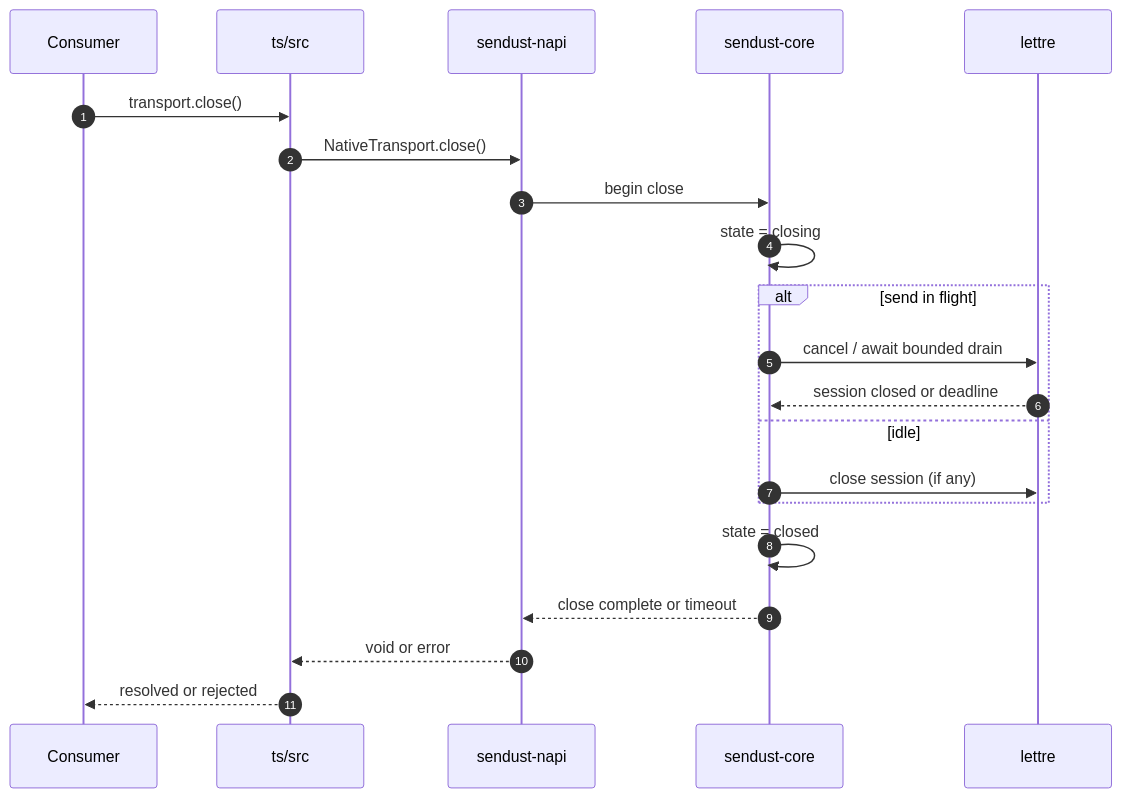
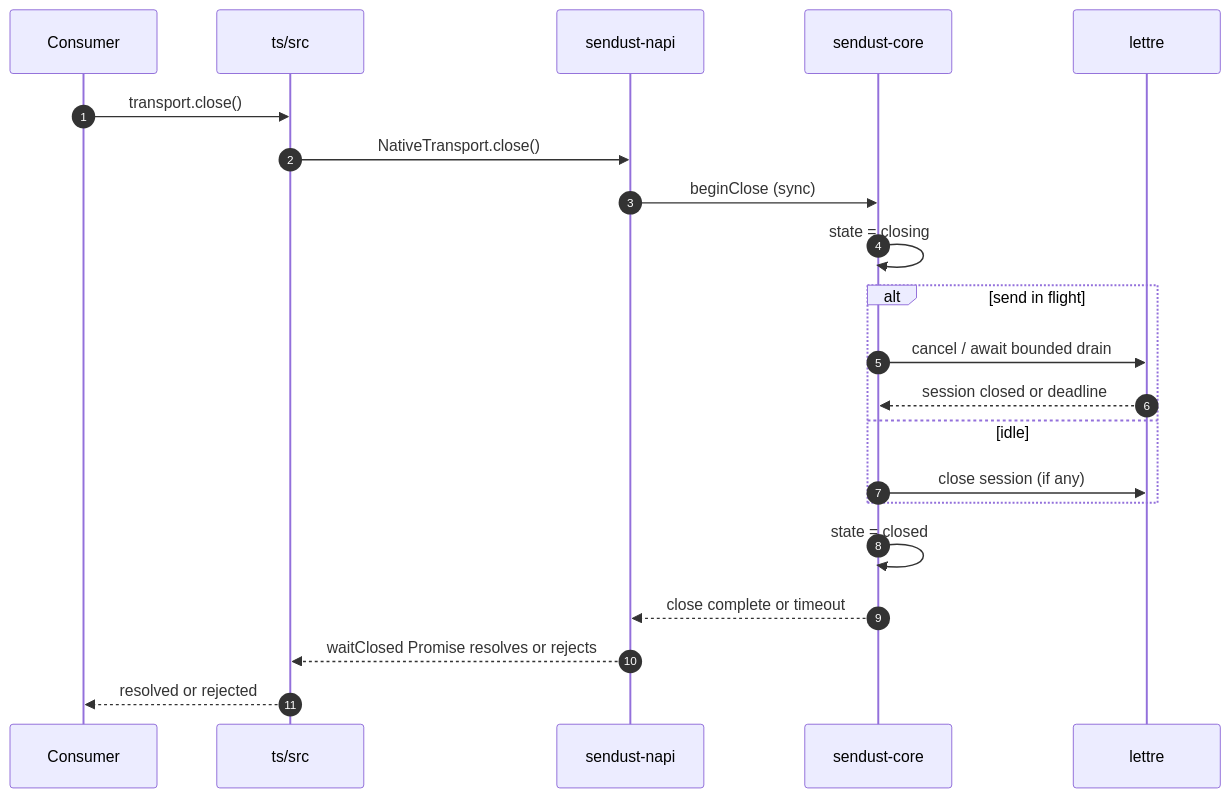
Before and after one commit to fandyajpo/sendust: the second of 2 diagrams in docs/architecture/data-flow.md, drawn with Mermaid. The commit also changed other lines of this file, not shown here.

Commit message:
docs: finalize data flow and remove duplicate SMTP states

````diff
--- a/docs/architecture/data-flow.md
+++ b/docs/architecture/data-flow.md
@@ -89,24 +88,24 @@
 ```mermaid
 sequenceDiagram
     autonumber
     participant App as Consumer
     participant TS as ts/src
     participant N as sendust-napi
     participant C as sendust-core
     participant L as lettre
 
     App->>TS: transport.close()
     TS->>N: NativeTransport.close()
-    N->>C: begin close
+    N->>C: beginClose (sync)
     C->>C: state = closing
     alt send in flight
         C->>L: cancel / await bounded drain
         L-->>C: session closed or deadline
     else idle
         C->>L: close session (if any)
     end
     C->>C: state = closed
     C-->>N: close complete or timeout
-    N-->>TS: void or error
+    N-->>TS: waitClosed Promise resolves or rejects
     TS-->>App: resolved or rejected
 ```
````
